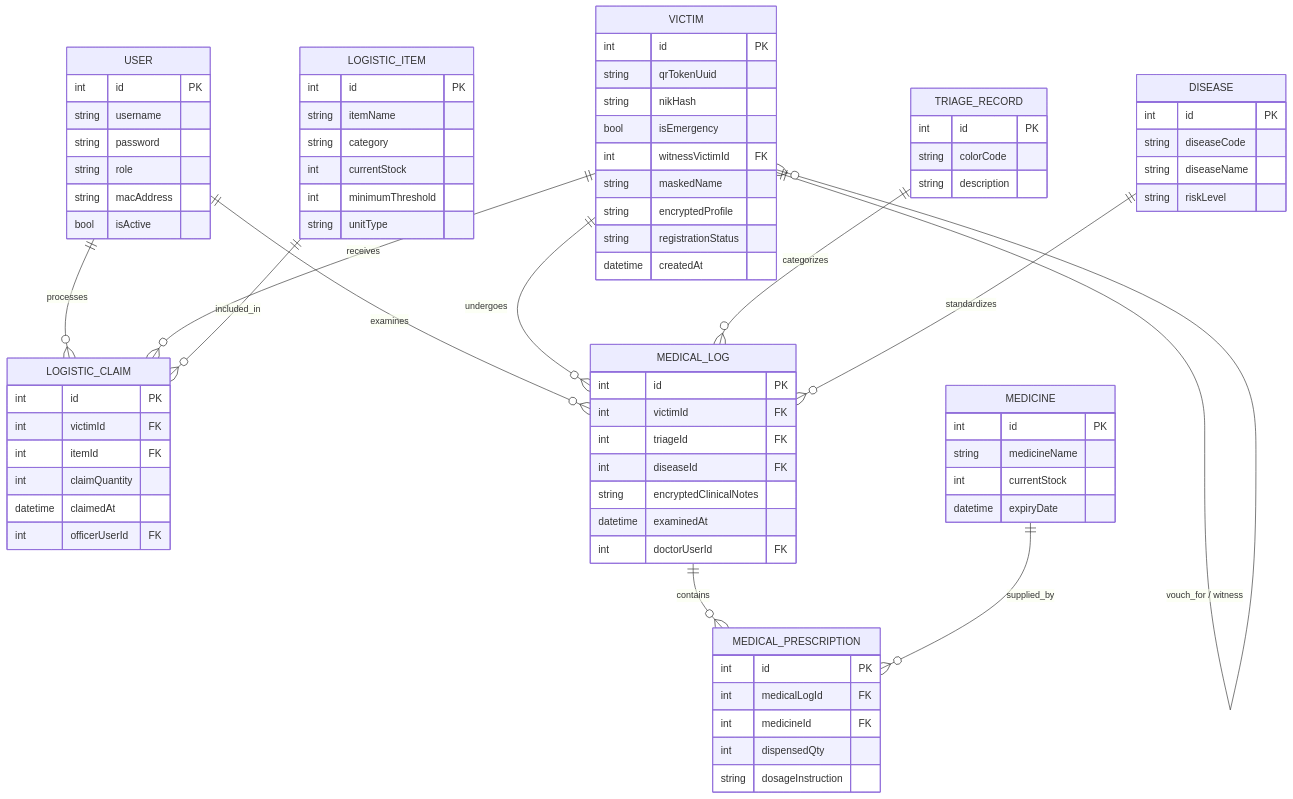
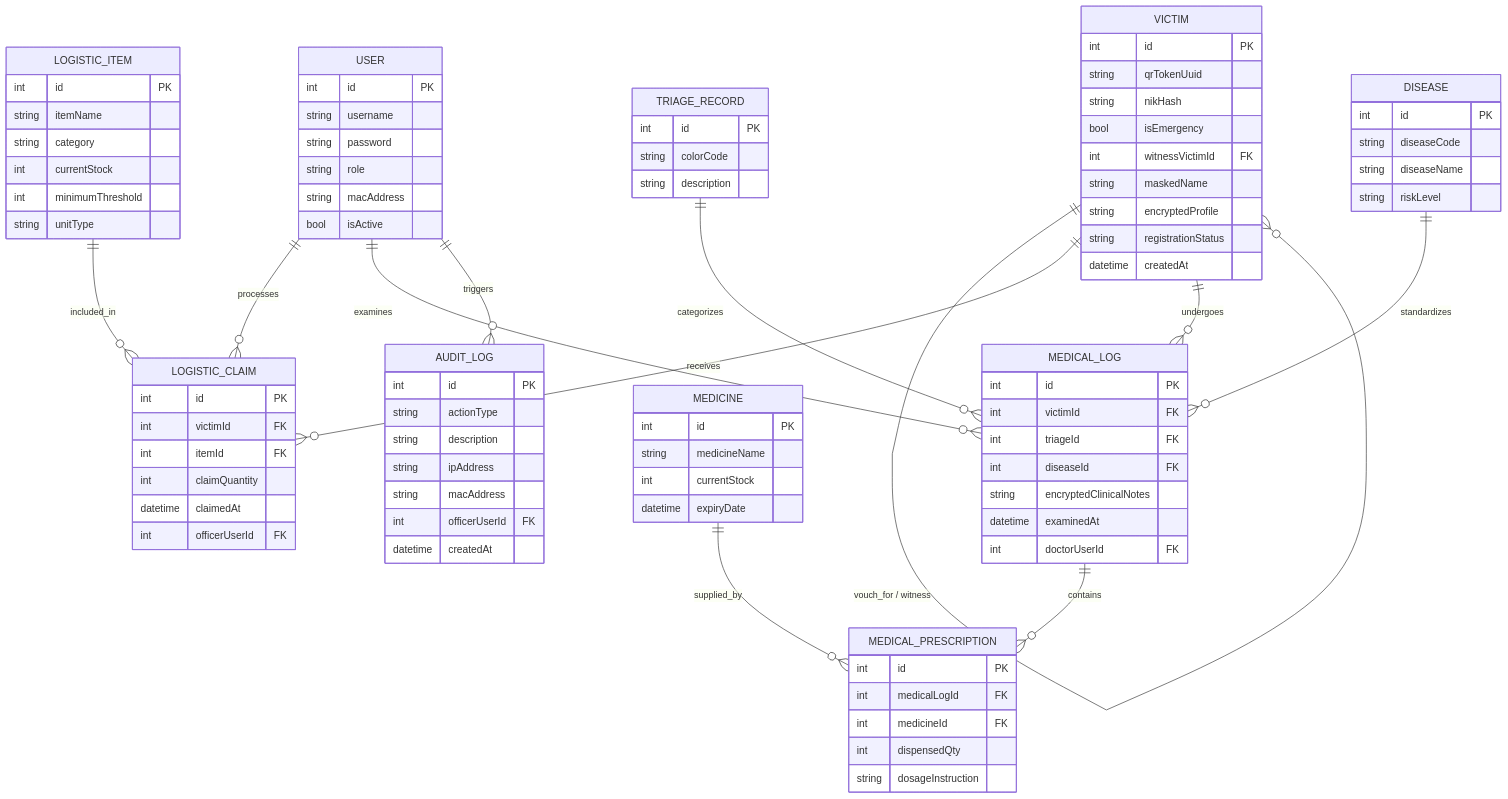
Before and after one commit to Mubax5/FITComp: the fourth of 8 diagrams in README.md, drawn with Mermaid. The commit also changed other lines of this file, not shown here.

```diff
--- a/README.md
+++ b/README.md
@@ -804,9 +888,19 @@
         int dispensedQty
         string dosageInstruction
     }
+    AUDIT_LOG {
+        int id PK
+        string actionType
+        string description
+        string ipAddress
+        string macAddress
+        int officerUserId FK
+        datetime createdAt
+    }
 
     USER ||--o{ LOGISTIC_CLAIM : "processes"
     USER ||--o{ MEDICAL_LOG : "examines"
+    USER ||--o{ AUDIT_LOG : "triggers"
     VICTIM ||--o{ VICTIM : "vouch_for / witness"
     VICTIM ||--o{ LOGISTIC_CLAIM : "receives"
     VICTIM ||--o{ MEDICAL_LOG : "undergoes"
```
